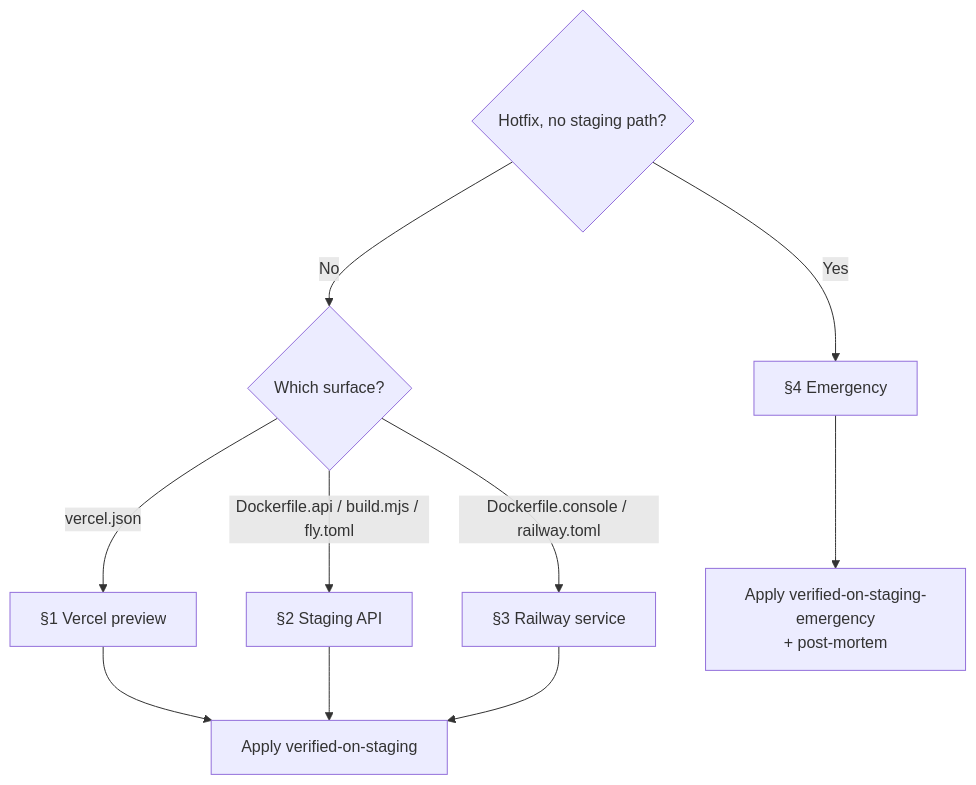
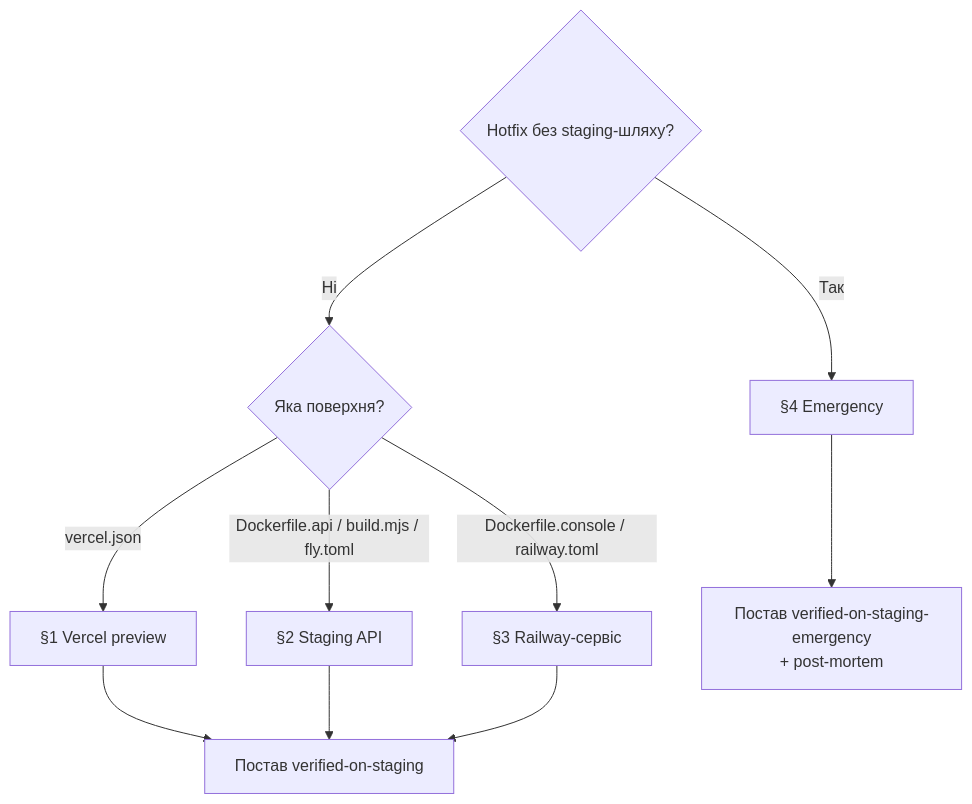
Before and after one commit to SkOrDs-02/sergeant: the diagram in docs/playbooks/deploy-config-change.md, drawn with Mermaid. The commit also changed other lines of this file, not shown here.

````diff
--- a/docs/playbooks/deploy-config-change.md
+++ b/docs/playbooks/deploy-config-change.md
@@ -39,15 +39,15 @@
 ```mermaid
 flowchart TD
-    Q1{"Hotfix, no staging path?"}
-    Q1 -- "No" --> Q2{"Which surface?"}
-    Q1 -- "Yes" --> EMERG["§4 Emergency"]
+    Q1{"Hotfix без staging-шляху?"}
+    Q1 -- "Ні" --> Q2{"Яка поверхня?"}
+    Q1 -- "Так" --> EMERG["§4 Emergency"]
 
     Q2 -- "vercel.json" --> WEB["§1 Vercel preview"]
     Q2 -- "Dockerfile.api / build.mjs / fly.toml" --> API["§2 Staging API"]
-    Q2 -- "Dockerfile.console / railway.toml" --> RAILWAY["§3 Railway service"]
+    Q2 -- "Dockerfile.console / railway.toml" --> RAILWAY["§3 Railway-сервіс"]
 
-    WEB --> LABEL["Apply verified-on-staging"]
+    WEB --> LABEL["Постав verified-on-staging"]
     API --> LABEL
     RAILWAY --> LABEL
-    EMERG --> LABEL_E["Apply verified-on-staging-emergency<br/>+ post-mortem"]
+    EMERG --> LABEL_E["Постав verified-on-staging-emergency<br/>+ post-mortem"]
 ```
````
